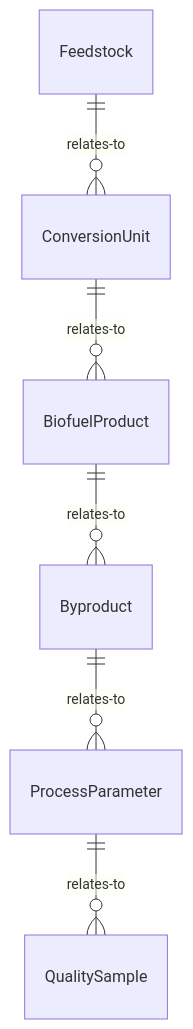
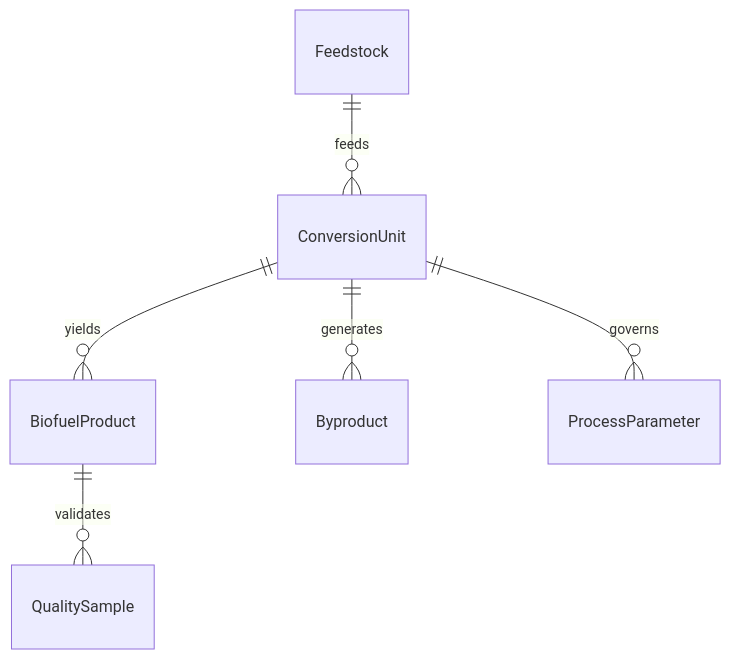
Before and after one commit to dot-org-ai/tasks.org.ai: the first of 4 diagrams in ControllingMachinesAndProcesses/OperateEnergyProductionOrDistributionEquipment/OperateBiomassBiofuelProductionEquipment.mdx, drawn with Mermaid. The commit also changed other lines of this file and 515 other files, not shown here.

````diff
--- a/ControllingMachinesAndProcesses/OperateEnergyProductionOrDistributionEquipment/OperateBiomassBiofuelProductionEquipment.mdx
+++ b/ControllingMachinesAndProcesses/OperateEnergyProductionOrDistributionEquipment/OperateBiomassBiofuelProductionEquipment.mdx
@@ -87,8 +87,8 @@
 ```mermaid
 erDiagram
-    Feedstock ||--o{ ConversionUnit : relates-to
-    ConversionUnit ||--o{ BiofuelProduct : relates-to
-    BiofuelProduct ||--o{ Byproduct : relates-to
-    Byproduct ||--o{ ProcessParameter : relates-to
-    ProcessParameter ||--o{ QualitySample : relates-to
+    Feedstock ||--o{ ConversionUnit : feeds
+    ConversionUnit ||--o{ BiofuelProduct : yields
+    ConversionUnit ||--o{ Byproduct : generates
+    ConversionUnit ||--o{ ProcessParameter : governs
+    BiofuelProduct ||--o{ QualitySample : validates
 ```
````
